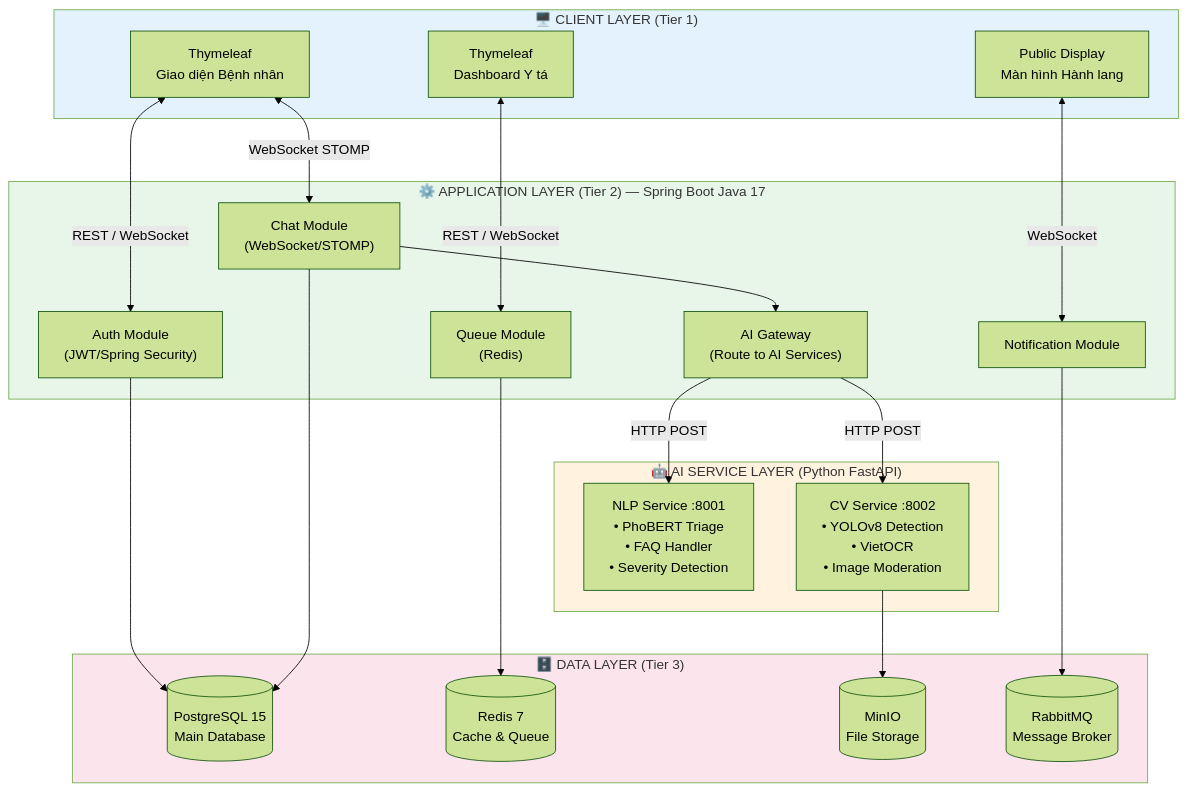
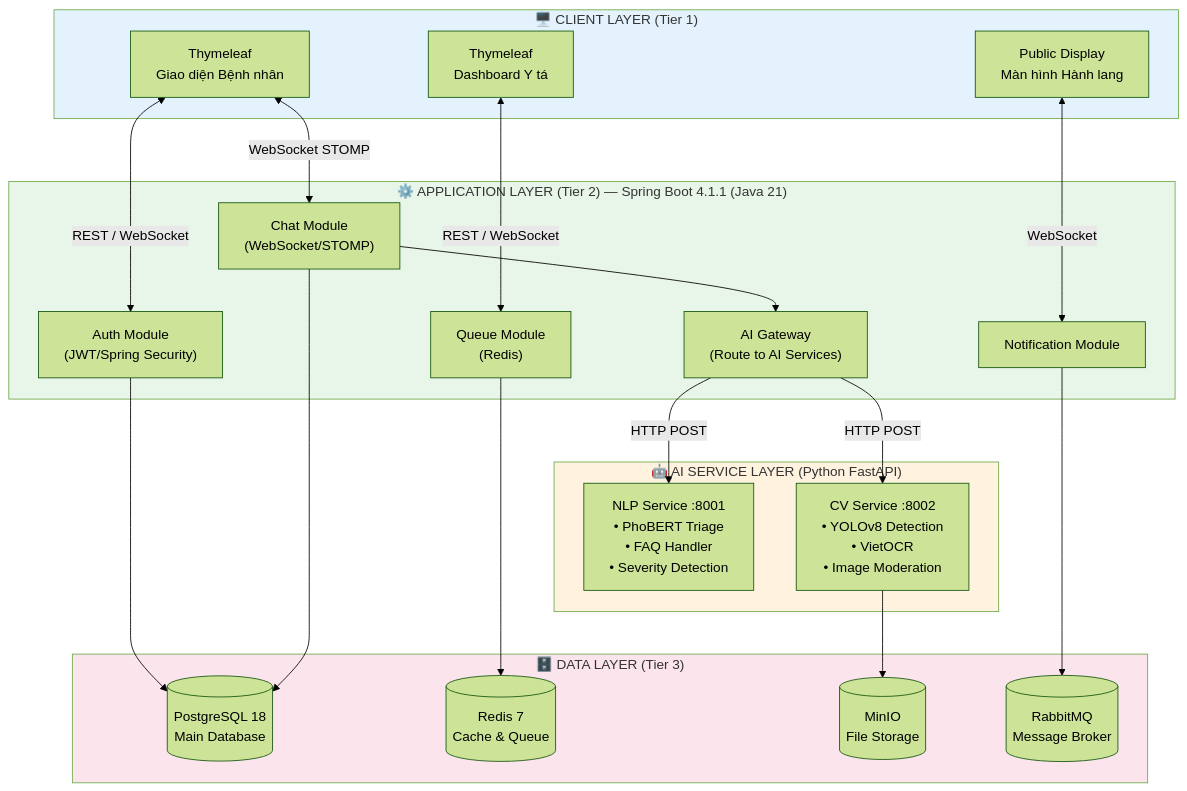
Diagram 13 of 18 in So_Do_Mermaid.md (nguyng/DOANTRITUENHANTAO), drawn with Mermaid (forest theme) before and after one commit. The commit also changed other lines of this file and 9 other files, not shown here.

````diff
--- a/So_Do_Mermaid.md
+++ b/So_Do_Mermaid.md
@@ -541,48 +541,48 @@
 ```mermaid
 graph TB
     subgraph CLIENT["🖥️ CLIENT LAYER (Tier 1)"]
         BNW["Thymeleaf\nGiao diện Bệnh nhân"]
         NUR["Thymeleaf\nDashboard Y tá"]
         DIS["Public Display\nMàn hình Hành lang"]
     end
 
-    subgraph APP["⚙️ APPLICATION LAYER (Tier 2) — Spring Boot Java 17"]
+    subgraph APP["⚙️ APPLICATION LAYER (Tier 2) — Spring Boot 4.1.1 (Java 21)"]
         AUTH["Auth Module\n(JWT/Spring Security)"]
         CHAT["Chat Module\n(WebSocket/STOMP)"]
         QUEUE["Queue Module\n(Redis)"]
         NOTIF["Notification Module"]
         GW["AI Gateway\n(Route to AI Services)"]
     end
 
     subgraph AI["🤖 AI SERVICE LAYER (Python FastAPI)"]
         NLP["NLP Service :8001\n• PhoBERT Triage\n• FAQ Handler\n• Severity Detection"]
         CV["CV Service :8002\n• YOLOv8 Detection\n• VietOCR\n• Image Moderation"]
     end
 
     subgraph DATA["🗄️ DATA LAYER (Tier 3)"]
-        PG[("PostgreSQL 15\nMain Database")]
+        PG[("PostgreSQL 18\nMain Database")]
         RD[("Redis 7\nCache & Queue")]
         MN[("MinIO\nFile Storage")]
         RMQ[("RabbitMQ\nMessage Broker")]
     end
 
     BNW <-->|"REST / WebSocket"| AUTH
     BNW <-->|"WebSocket STOMP"| CHAT
     NUR <-->|"REST / WebSocket"| QUEUE
     DIS <-->|"WebSocket"| NOTIF
 
     CHAT --> GW
     GW -->|"HTTP POST"| NLP
     GW -->|"HTTP POST"| CV
 
     AUTH --> PG
     CHAT --> PG
     QUEUE --> RD
     NOTIF --> RMQ
     CV --> MN
 
     style CLIENT fill:#e3f2fd
     style APP fill:#e8f5e9
     style AI fill:#fff3e0
     style DATA fill:#fce4ec
 ```
````
